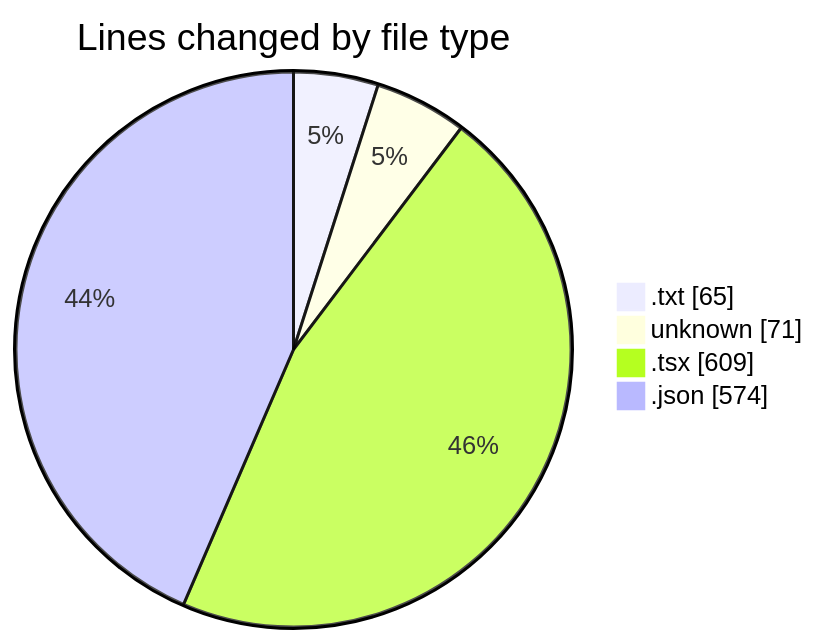
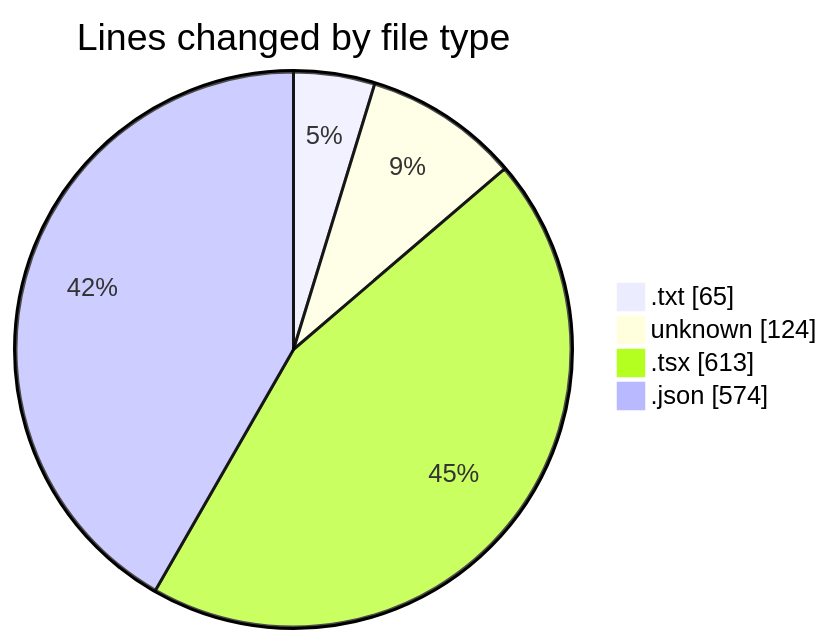
Before and after one commit to CELIANVF/code-tracking: the first of 2 diagrams in 2025-05-22/ecodeli-1/README.md, drawn with Mermaid. The commit also changed other lines of this file and 1 other file, not shown here.

````diff
--- a/2025-05-22/ecodeli-1/README.md
+++ b/2025-05-22/ecodeli-1/README.md
@@ -28,8 +29,8 @@
 ```mermaid
 pie showData
 title Lines changed by file type
 ".txt" : 65
-"unknown" : 71
-".tsx" : 609
+"unknown" : 124
+".tsx" : 613
 ".json" : 574
 ```
````
